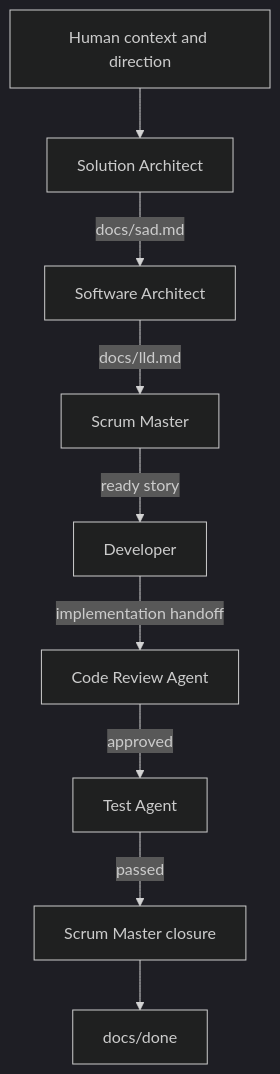
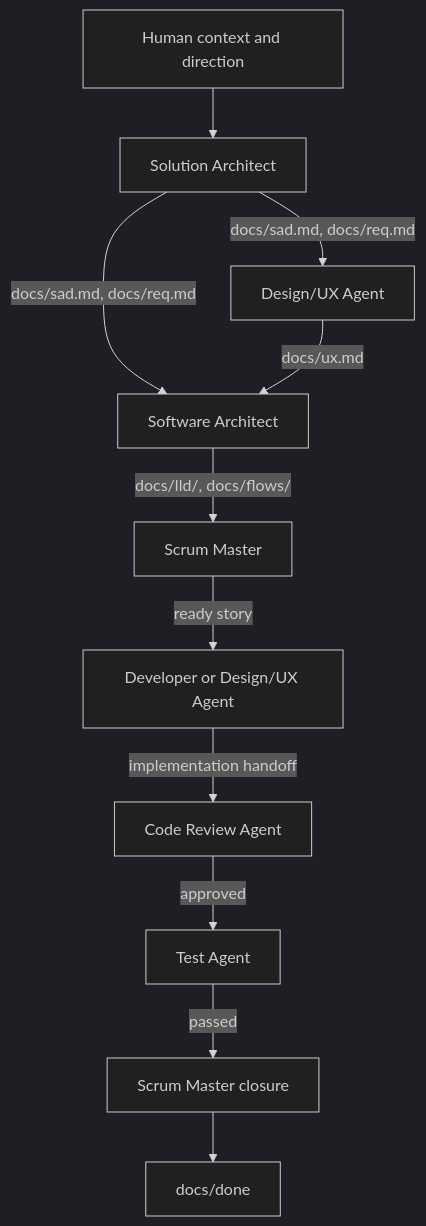
One commit to nemegrod/spec-driven-dev-agents changed the diagram in README.md. Above: the diagram before and after it, drawn with Mermaid (dark theme). The commit also changed other lines of this file and 93 other files, not shown here.

````diff
--- a/README.md
+++ b/README.md
@@ -14,11 +14,13 @@
 ```mermaid
 flowchart TD
     H[Human context and direction] --> SA[Solution Architect]
-    SA -->|docs/sad.md| SW[Software Architect]
-    SW -->|docs/lld.md| SM[Scrum Master]
-    SM -->|ready story| D[Developer]
+    SA -->|docs/sad.md, docs/req.md| UX["Design/UX Agent"]
+    SA -->|docs/sad.md, docs/req.md| SW[Software Architect]
+    UX -->|docs/ux.md| SW
+    SW -->|docs/lld/, docs/flows/| SM[Scrum Master]
+    SM -->|ready story| D["Developer or Design/UX Agent"]
     D -->|implementation handoff| CR[Code Review Agent]
     CR -->|approved| T[Test Agent]
     T -->|passed| C[Scrum Master closure]
     C --> DONE[docs/done]
 ```
````
